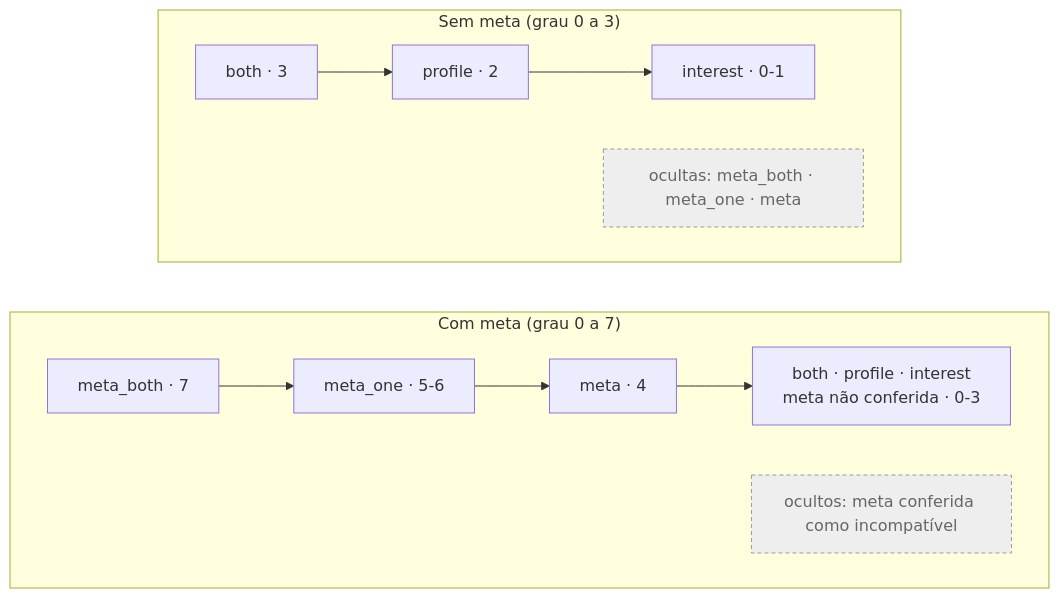
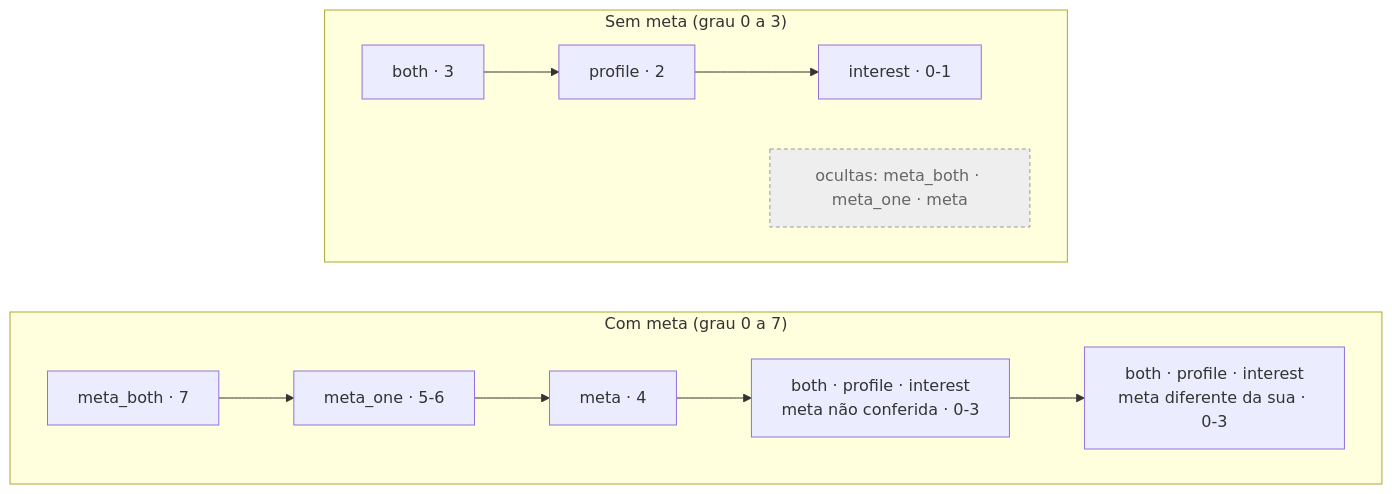
Diagram 11 of 25 in docs/fluxos-transparencia.md (razimbrao/sis-read), drawn with Mermaid before and after one commit. The commit also changed other lines of this file and 12 other files, not shown here.

First line of the commit message:
A meta diferente da do usuário não esconde mais o REA

````diff
--- a/docs/fluxos-transparencia.md
+++ b/docs/fluxos-transparencia.md
@@ -421,14 +421,13 @@
 ```mermaid
 flowchart LR
     subgraph COM["Com meta (grau 0 a 7)"]
         direction LR
-        a1["meta_both · 7"] --> a2["meta_one · 5-6"] --> a3["meta · 4"] --> a5["both · profile · interest<br/>meta não conferida · 0-3"]
-        a4["ocultos: meta conferida como incompatível"]:::oculto
+        a1["meta_both · 7"] --> a2["meta_one · 5-6"] --> a3["meta · 4"] --> a5["both · profile · interest<br/>meta não conferida · 0-3"] --> a6["both · profile · interest<br/>meta diferente da sua · 0-3"]
     end
     subgraph SEM["Sem meta (grau 0 a 3)"]
         direction LR
         b1["both · 3"] --> b2["profile · 2"] --> b3["interest · 0-1"]
         b4["ocultas: meta_both · meta_one · meta"]:::oculto
     end
     classDef oculto fill:#eee,stroke:#999,stroke-dasharray: 4 3,color:#666
 ```
````
